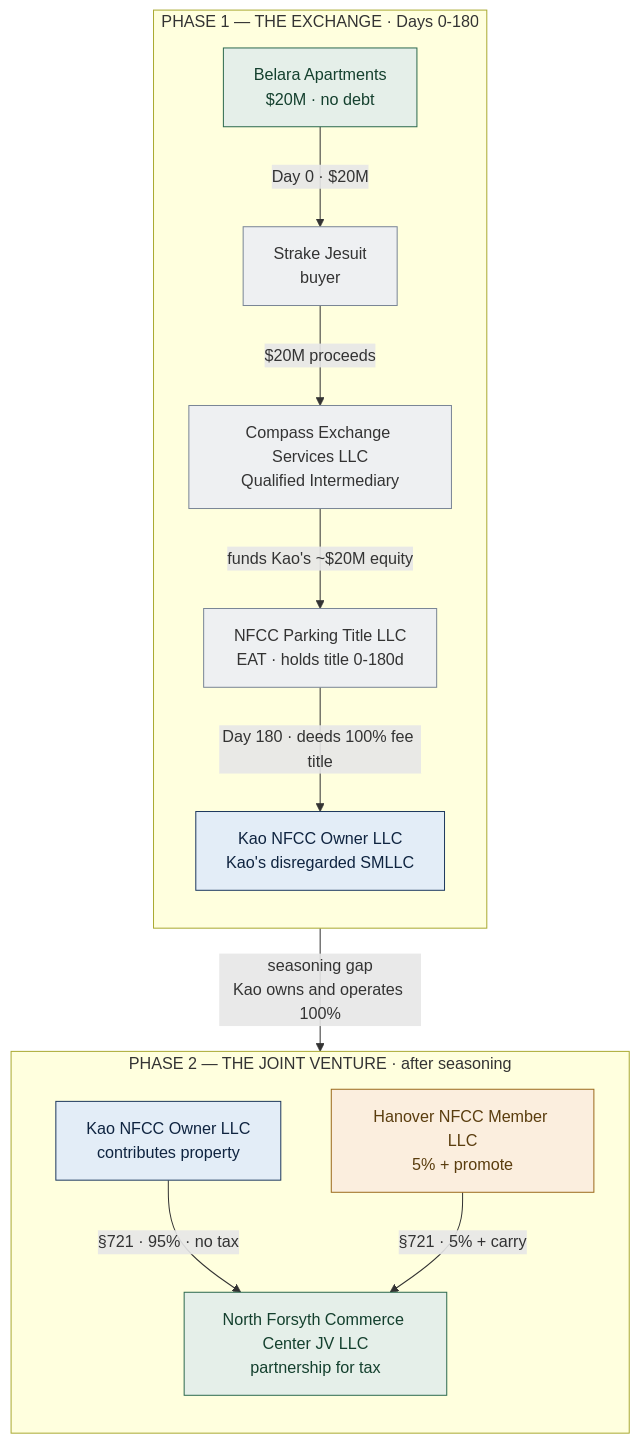
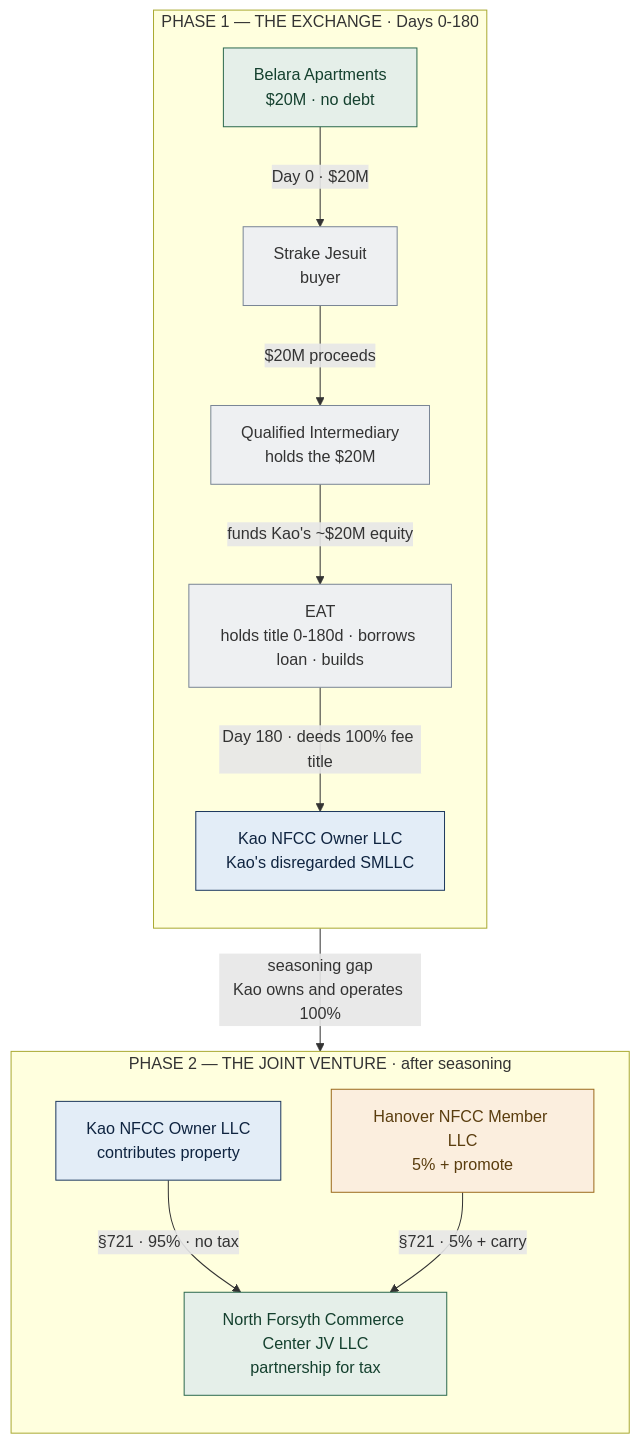
Before and after one commit to EthanCow/North-Forsyth-1031-Diagrams: the first of 2 diagrams in North_Forsyth_1031_Diagrams.md, drawn with Mermaid. The commit also changed other lines of this file and 2 other files, not shown here.

````diff
--- a/North_Forsyth_1031_Diagrams.md
+++ b/North_Forsyth_1031_Diagrams.md
@@ -93,28 +28,28 @@
 ```mermaid
 flowchart TB
   subgraph P1["PHASE 1 — THE EXCHANGE · Days 0-180"]
     direction TB
     Belara["Belara Apartments<br/>$20M · no debt"]:::asset
     Strake["Strake Jesuit<br/>buyer"]:::neutral
-    QI["Compass Exchange Services LLC<br/>Qualified Intermediary"]:::neutral
-    EAT["NFCC Parking Title LLC<br/>EAT · holds title 0-180d"]:::neutral
+    QI["Qualified Intermediary<br/>holds the $20M"]:::neutral
+    EAT["EAT<br/>holds title 0-180d · borrows loan · builds"]:::neutral
     KaoLLC["Kao NFCC Owner LLC<br/>Kao's disregarded SMLLC"]:::kao
     Belara -->|"Day 0 · $20M"| Strake
     Strake -->|"$20M proceeds"| QI
     QI -->|"funds Kao's ~$20M equity"| EAT
     EAT -->|"Day 180 · deeds 100% fee title"| KaoLLC
   end
   subgraph P2["PHASE 2 — THE JOINT VENTURE · after seasoning"]
     direction TB
     KaoLLC2["Kao NFCC Owner LLC<br/>contributes property"]:::kao
     HanMem["Hanover NFCC Member LLC<br/>5% + promote"]:::han
     JV["North Forsyth Commerce Center JV LLC<br/>partnership for tax"]:::asset
     KaoLLC2 -->|"§721 · 95% · no tax"| JV
     HanMem -->|"§721 · 5% + carry"| JV
   end
   KaoLLC -->|"seasoning gap<br/>Kao owns and operates 100%"| KaoLLC2
   classDef kao fill:#e3edf7,stroke:#1f3a5f,color:#0f2440;
   classDef han fill:#fbeede,stroke:#9c6b1e,color:#5a3d0e;
   classDef neutral fill:#eef0f2,stroke:#7a8696,color:#333;
   classDef asset fill:#e5efe9,stroke:#2d6a4f,color:#14402e;
 ```
````
